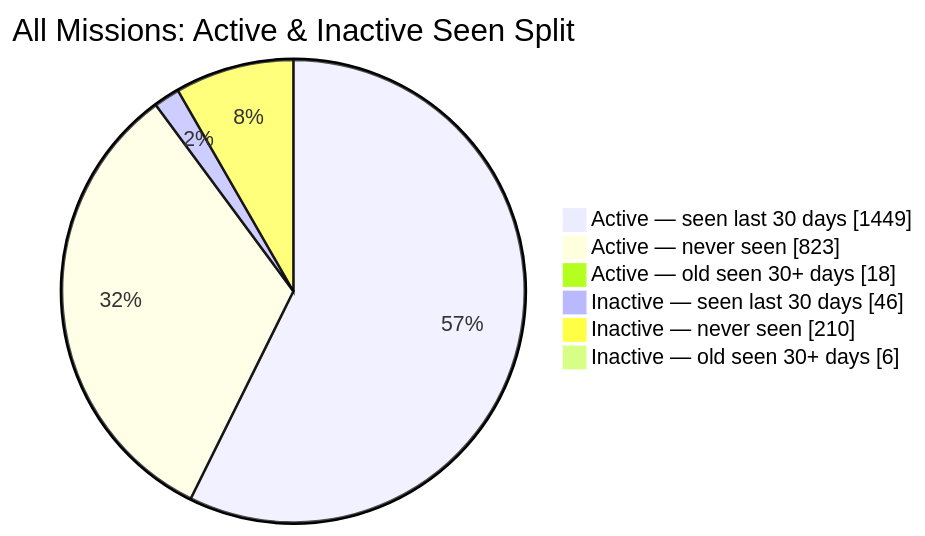
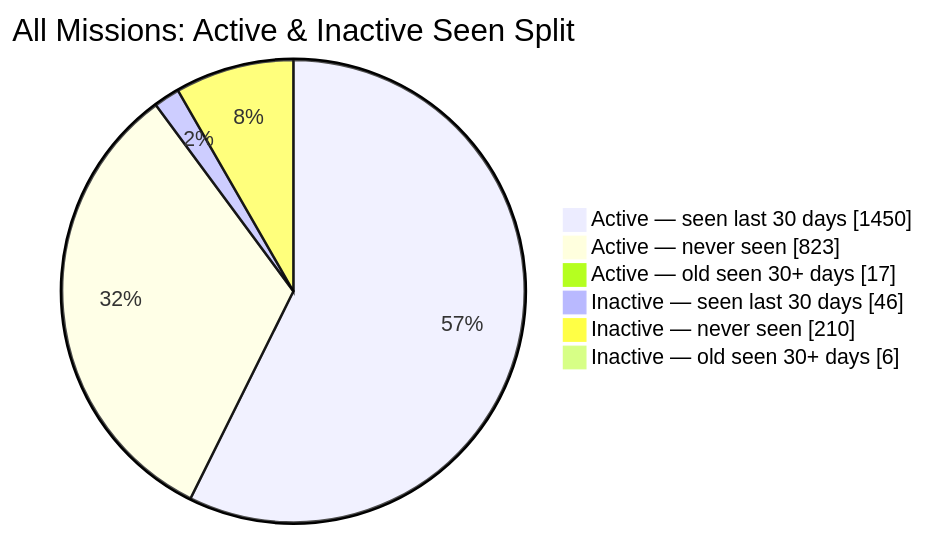
Before and after one commit to MeldkamerspelGameTeam/active-missions: the second of 2 diagrams in README.md, drawn with Mermaid. The commit also changed other lines of this file and 3 other files, not shown here.

````diff
--- a/README.md
+++ b/README.md
@@ -44,10 +44,10 @@
 ```mermaid
 pie showData
     title All Missions: Active & Inactive Seen Split
-    "Active — seen last 30 days" : 1449
+    "Active — seen last 30 days" : 1450
     "Active — never seen" : 823
-    "Active — old seen 30+ days" : 18
+    "Active — old seen 30+ days" : 17
     "Inactive — seen last 30 days" : 46
     "Inactive — never seen" : 210
     "Inactive — old seen 30+ days" : 6
 ```
````
